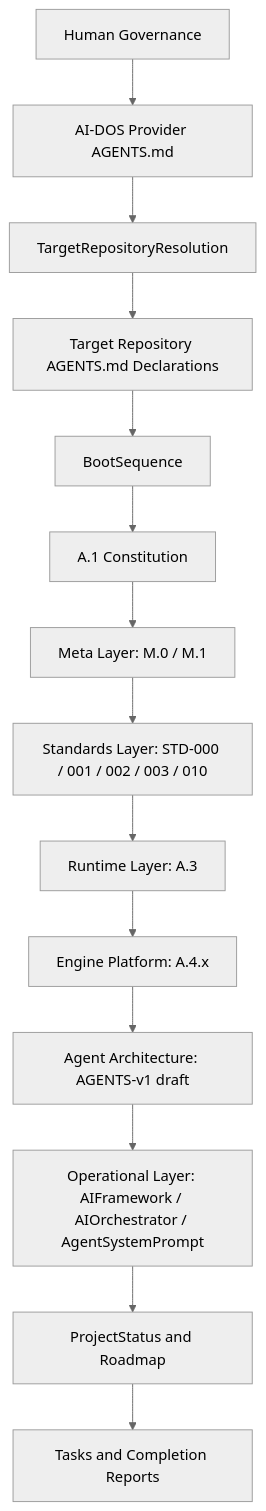
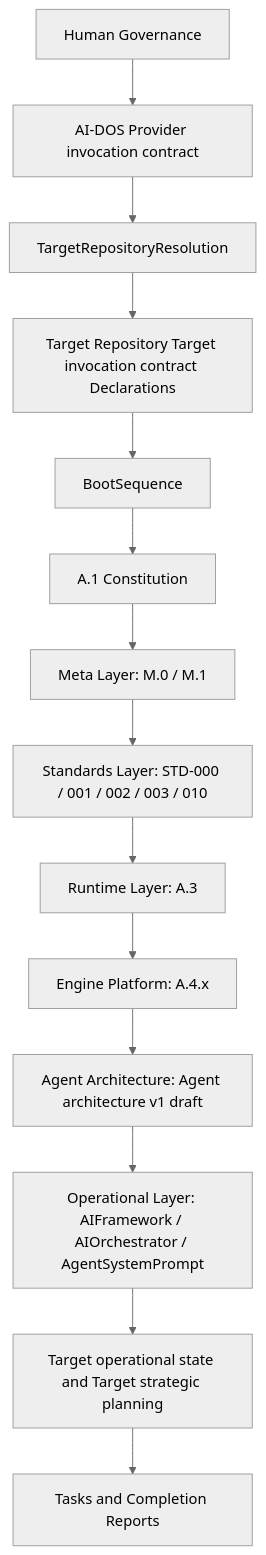
Before and after one commit to doallon/forge-ai: the first of 11 diagrams in docs/AI/GOVERNANCE.md, drawn with Mermaid (neutral theme). The commit also changed other lines of this file and 5 other files, not shown here.

Commit message:
Decontaminate AI-DOS core target dependencies

````diff
--- a/docs/AI/GOVERNANCE.md
+++ b/docs/AI/GOVERNANCE.md
@@ -128,18 +128,18 @@
 ```mermaid
 flowchart TD
     H[Human Governance]
-    B[AI-DOS Provider AGENTS.md]
+    B[AI-DOS Provider invocation contract]
     TRR[TargetRepositoryResolution]
     BS[BootSequence]
-    TG[Target Repository AGENTS.md Declarations]
+    TG[Target Repository Target invocation contract Declarations]
     C[A.1 Constitution]
     M[Meta Layer: M.0 / M.1]
     S[Standards Layer: STD-000 / 001 / 002 / 003 / 010]
     R[Runtime Layer: A.3]
     E[Engine Platform: A.4.x]
-    A[Agent Architecture: AGENTS-v1 draft]
+    A[Agent Architecture: Agent architecture v1 draft]
     O[Operational Layer: AIFramework / AIOrchestrator / AgentSystemPrompt]
-    P[ProjectStatus and Roadmap]
+    P[Target operational state and Target strategic planning]
     T[Tasks and Completion Reports]
     H --> B --> TRR --> TG --> BS --> C --> M --> S --> R --> E --> A --> O --> P --> T
 ```
````
